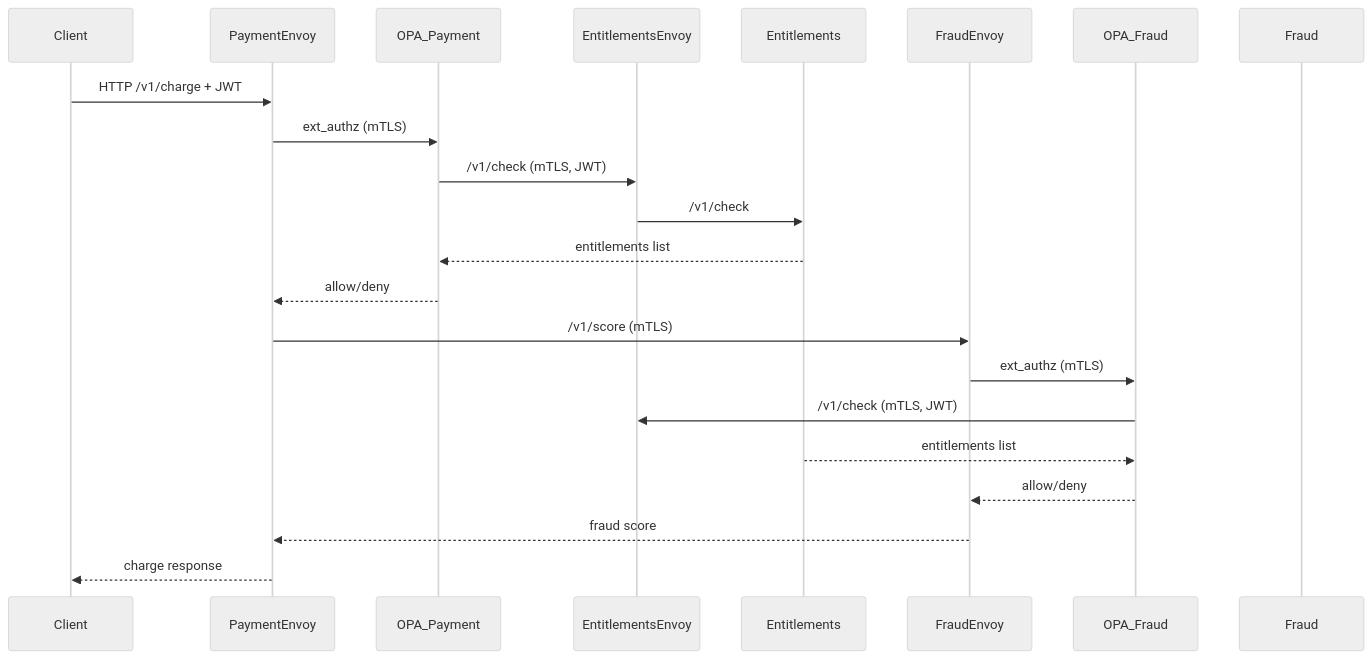
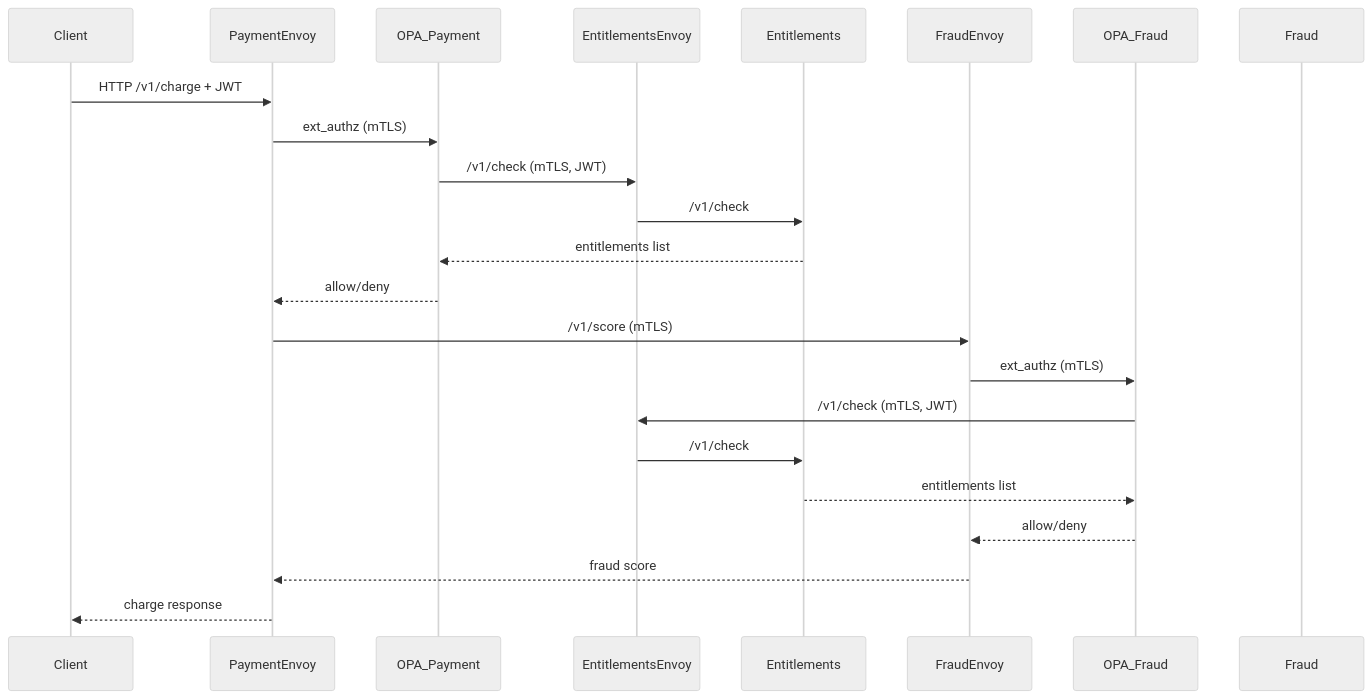
Before and after one commit to jeremymefford/spiffe-authz: the first of 2 diagrams in README.md, drawn with Mermaid (neutral theme). The commit also changed other lines of this file and 7 other files, not shown here.

````diff
--- a/README.md
+++ b/README.md
@@ -121,25 +140,26 @@
 ```mermaid
 sequenceDiagram
     participant Client
     participant PaymentEnvoy
     participant OPA_Payment
     participant EntitlementsEnvoy
     participant Entitlements
     participant FraudEnvoy
     participant OPA_Fraud
     participant Fraud
 
     Client->>PaymentEnvoy: HTTP /v1/charge + JWT
     PaymentEnvoy->>OPA_Payment: ext_authz (mTLS)
     OPA_Payment->>EntitlementsEnvoy: /v1/check (mTLS, JWT)
     EntitlementsEnvoy->>Entitlements: /v1/check
     Entitlements-->>OPA_Payment: entitlements list
     OPA_Payment-->>PaymentEnvoy: allow/deny
     PaymentEnvoy->>FraudEnvoy: /v1/score (mTLS)
     FraudEnvoy->>OPA_Fraud: ext_authz (mTLS)
     OPA_Fraud->>EntitlementsEnvoy: /v1/check (mTLS, JWT)
+    EntitlementsEnvoy->>Entitlements: /v1/check
     Entitlements-->>OPA_Fraud: entitlements list
     OPA_Fraud-->>FraudEnvoy: allow/deny
     FraudEnvoy-->>PaymentEnvoy: fraud score
     PaymentEnvoy-->>Client: charge response
 ```
````
